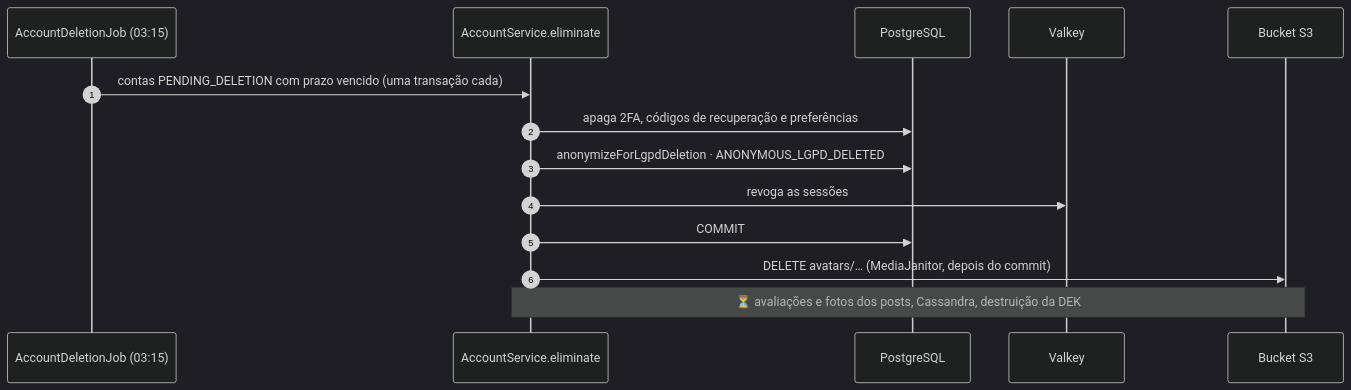
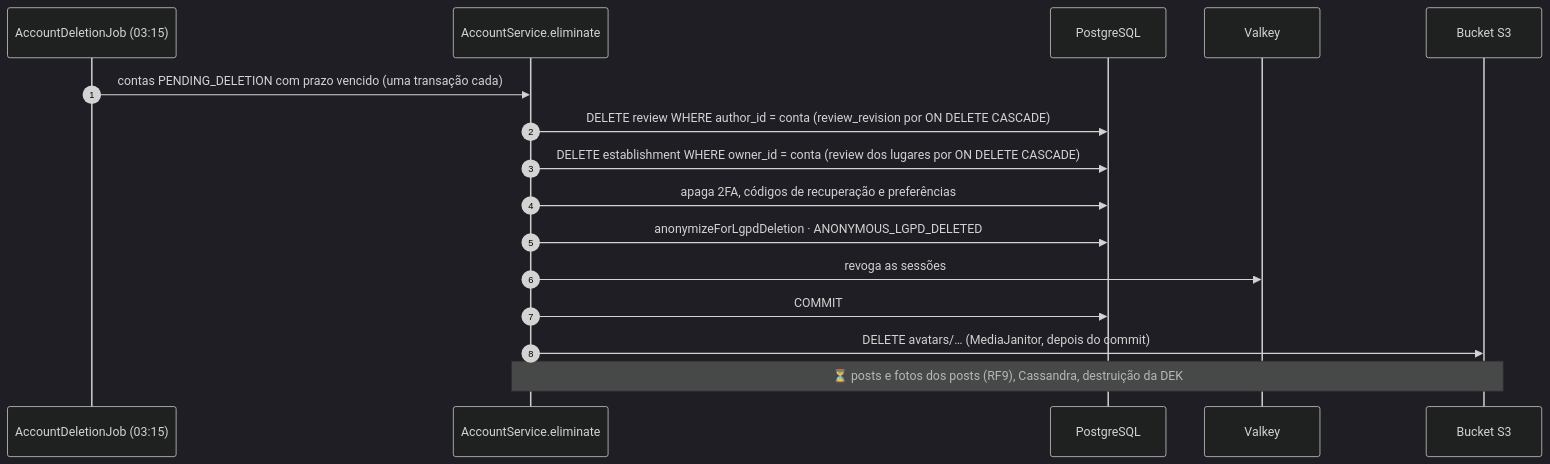
Before and after one commit to MatheusHaliski/Friendly-Eats: the second of 2 diagrams in docs/RF5/sequencia.md, drawn with Mermaid (dark theme). The commit also changed 79 other files, not shown here.

````diff
--- a/docs/RF5/sequencia.md
+++ b/docs/RF5/sequencia.md
@@ -33,17 +33,19 @@
 ```mermaid
 sequenceDiagram
     autonumber
     participant JOB as AccountDeletionJob (03:15)
     participant AC as AccountService.eliminate
     participant DB as PostgreSQL
     participant VK as Valkey
     participant S3 as Bucket S3
 
     JOB->>AC: contas PENDING_DELETION com prazo vencido (uma transação cada)
+    AC->>DB: DELETE review WHERE author_id = conta (review_revision por ON DELETE CASCADE)
+    AC->>DB: DELETE establishment WHERE owner_id = conta (review dos lugares por ON DELETE CASCADE)
     AC->>DB: apaga 2FA, códigos de recuperação e preferências
     AC->>DB: anonymizeForLgpdDeletion · ANONYMOUS_LGPD_DELETED
     AC->>VK: revoga as sessões
     AC->>DB: COMMIT
     AC->>S3: DELETE avatars/… (MediaJanitor, depois do commit)
-    Note over AC,S3: ⏳ avaliações e fotos dos posts, Cassandra, destruição da DEK
+    Note over AC,S3: ⏳ posts e fotos dos posts (RF9), Cassandra, destruição da DEK
 ```
````
